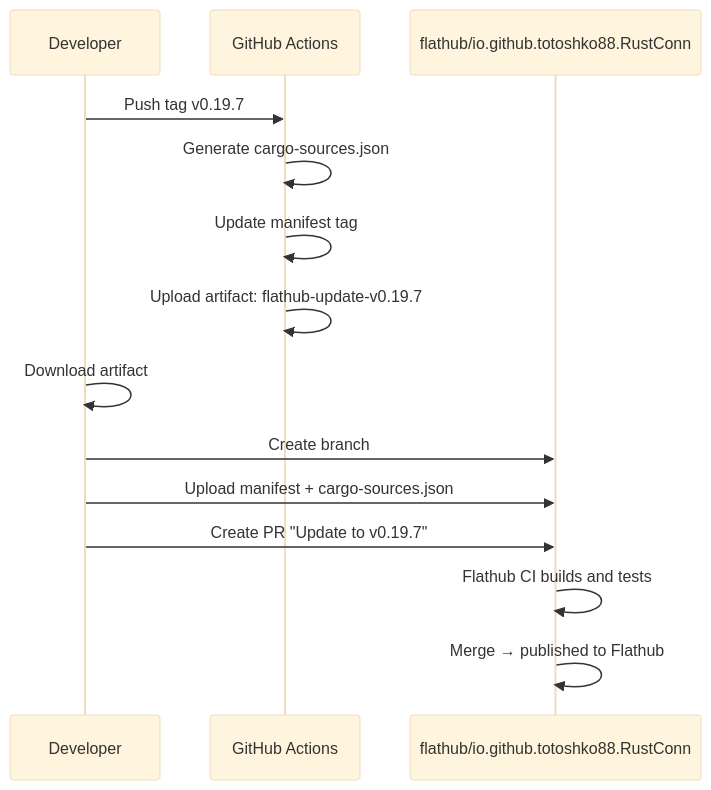
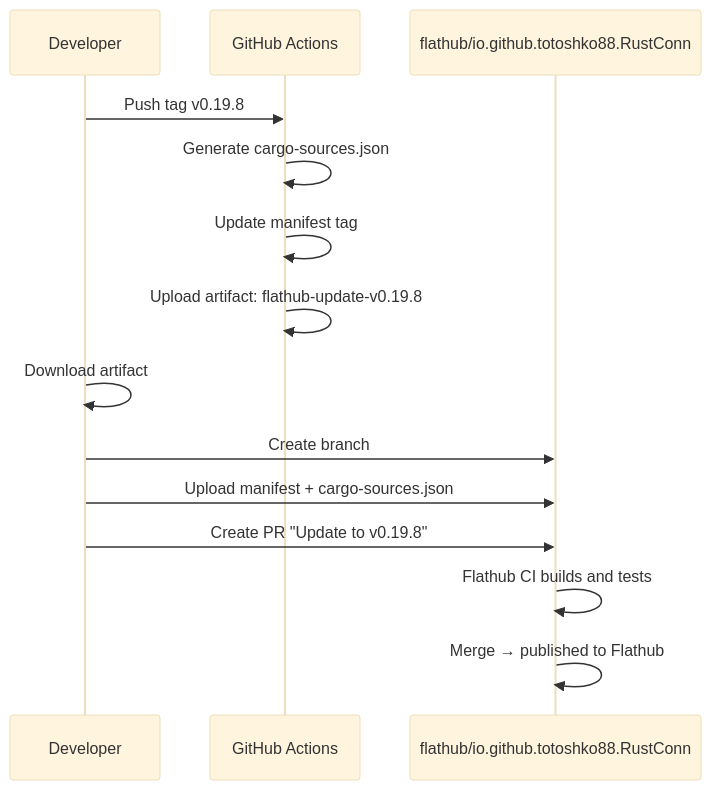
One commit to philclifford/RustConn changed the sixth of 6 diagrams in docs/CI_BUILD_FLOW.md. Above: the diagram before and after it, drawn with Mermaid (base theme). The commit also changed other lines of this file and 52 other files, not shown here.

````diff
--- a/docs/CI_BUILD_FLOW.md
+++ b/docs/CI_BUILD_FLOW.md
@@ -255,18 +255,18 @@
 ```mermaid
 sequenceDiagram
     participant Dev as Developer
     participant GH as GitHub Actions
     participant FH as flathub/io.github.totoshko88.RustConn
 
-    Dev->>GH: Push tag v0.19.7
+    Dev->>GH: Push tag v0.19.8
     GH->>GH: Generate cargo-sources.json
     GH->>GH: Update manifest tag
-    GH->>GH: Upload artifact: flathub-update-v0.19.7
+    GH->>GH: Upload artifact: flathub-update-v0.19.8
 
     Dev->>Dev: Download artifact
     Dev->>FH: Create branch
     Dev->>FH: Upload manifest + cargo-sources.json
-    Dev->>FH: Create PR "Update to v0.19.7"
+    Dev->>FH: Create PR "Update to v0.19.8"
     FH->>FH: Flathub CI builds and tests
     FH->>FH: Merge → published to Flathub
 ```
````
